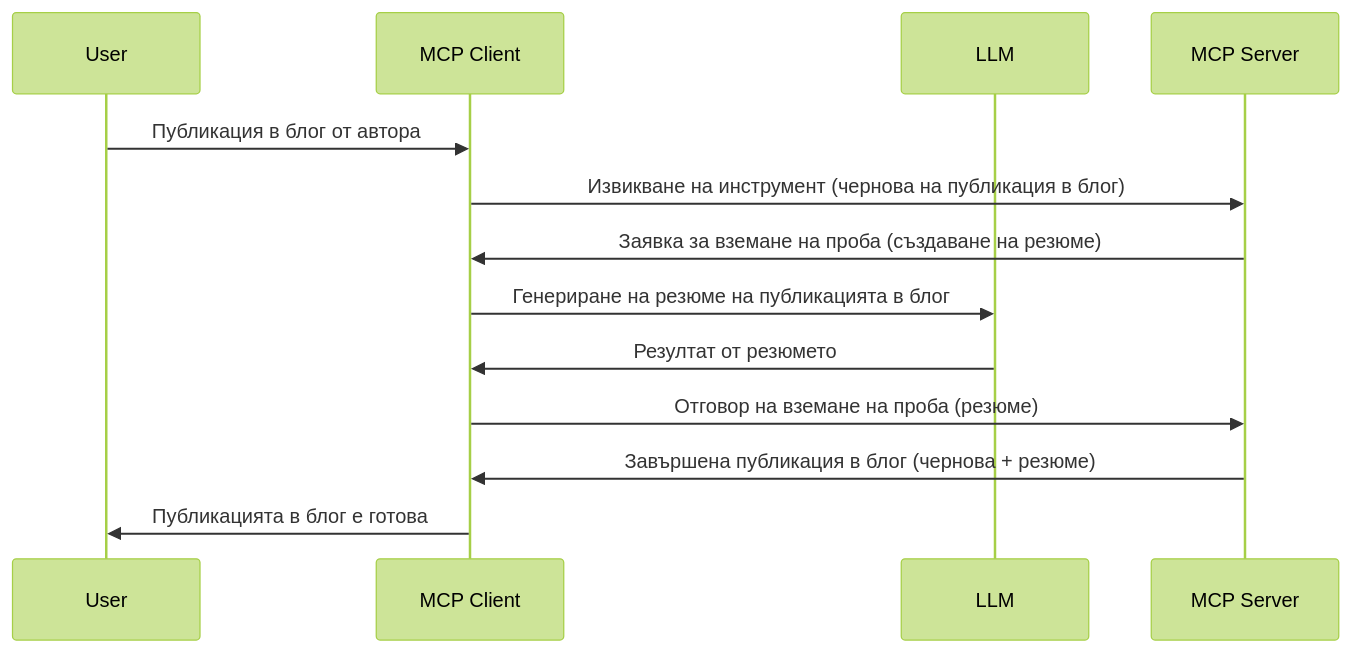
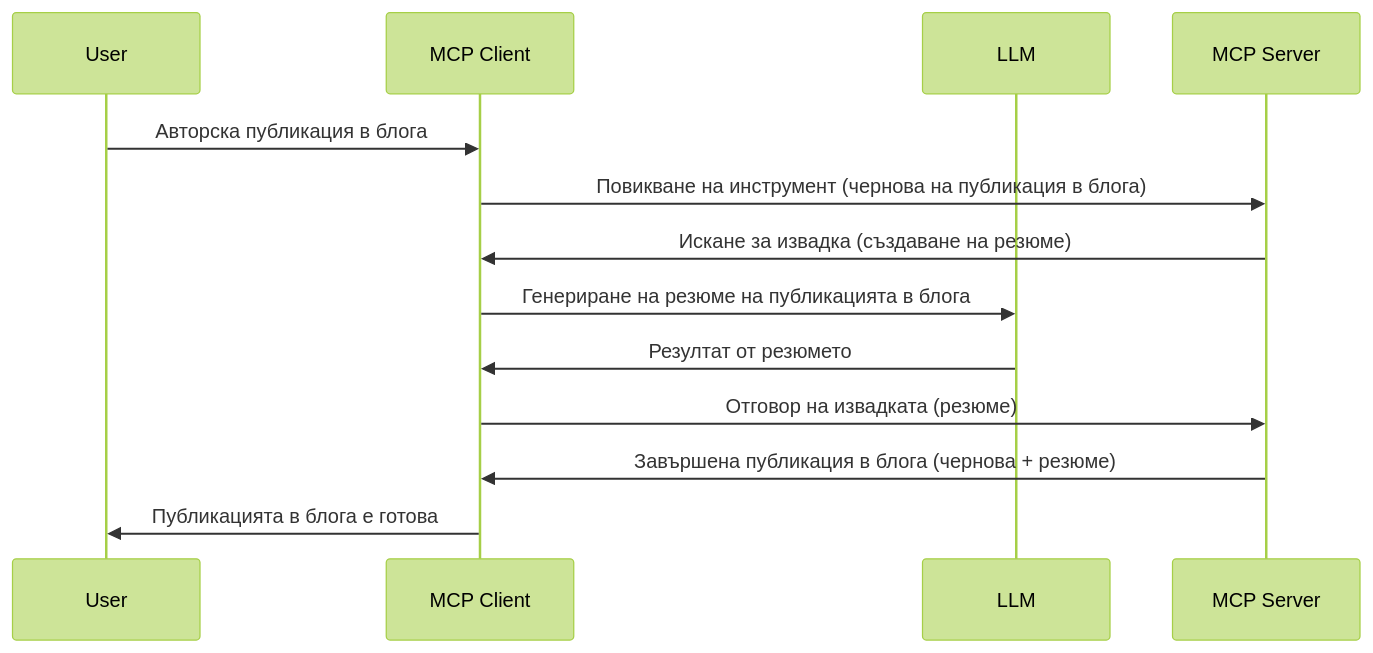
The diagram in mcp_ecosystem__model_context_protocol/mcp_learning_resources/mcp-for-beginners/translations/bg/03-GettingStarted/14-sampling/README.md (HIDORAKAI002/ai-workspace-archive), drawn with Mermaid (forest theme) before and after one commit. The commit also changed other lines of this file and 5721 other files, not shown here.

Commit message:
chore(sync): update MCP Python SDK, MCP TypeScript SDK, Supabase MCP, Kubernetes MCP Server, Git MCP, MCP Agent, Awesome ChatGPT Prompts, Langfuse, +62 more

````diff
--- a/mcp_ecosystem__model_context_protocol/mcp_learning_resources/mcp-for-beginners/translations/bg/03-GettingStarted/14-sampling/README.md
+++ b/mcp_ecosystem__model_context_protocol/mcp_learning_resources/mcp-for-beginners/translations/bg/03-GettingStarted/14-sampling/README.md
@@ -25,16 +27,16 @@
 ```mermaid
 sequenceDiagram
     participant User
     participant MCP Client
     participant LLM
     participant MCP Server
 
-    User->>MCP Client: Публикация в блог от автора
-    MCP Client->>MCP Server: Извикване на инструмент (чернова на публикация в блог)
-    MCP Server->>MCP Client: Заявка за вземане на проба (създаване на резюме)
-    MCP Client->>LLM: Генериране на резюме на публикацията в блог
+    User->>MCP Client: Авторска публикация в блога
+    MCP Client->>MCP Server: Повикване на инструмент (чернова на публикация в блога)
+    MCP Server->>MCP Client: Искане за извадка (създаване на резюме)
+    MCP Client->>LLM: Генериране на резюме на публикацията в блога
     LLM->>MCP Client: Резултат от резюмето
-    MCP Client->>MCP Server: Отговор на вземане на проба (резюме)
-    MCP Server->>MCP Client: Завършена публикация в блог (чернова + резюме)
-    MCP Client->>User: Публикацията в блог е готова
+    MCP Client->>MCP Server: Отговор на извадката (резюме)
+    MCP Server->>MCP Client: Завършена публикация в блога (чернова + резюме)
+    MCP Client->>User: Публикацията в блога е готова
 ```
````
